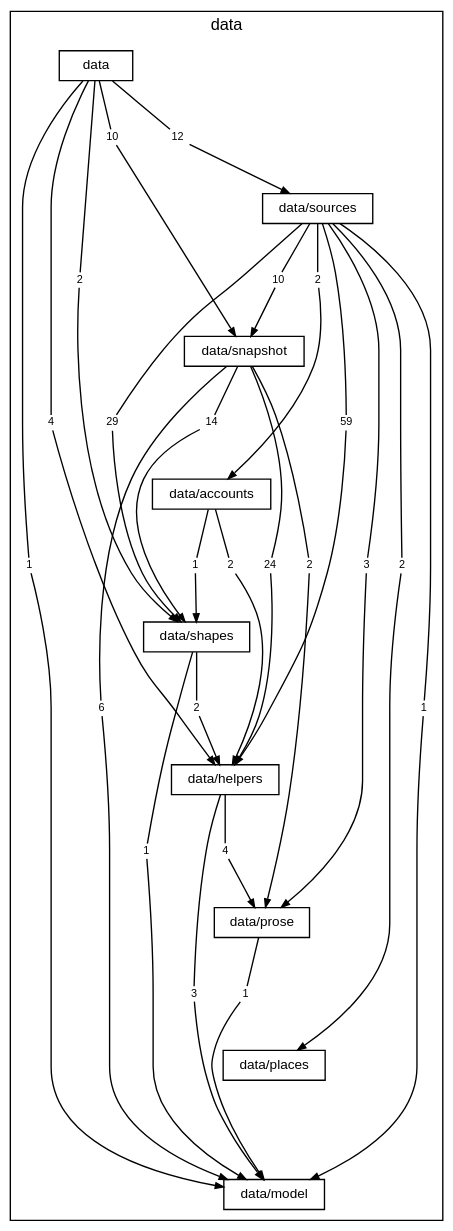
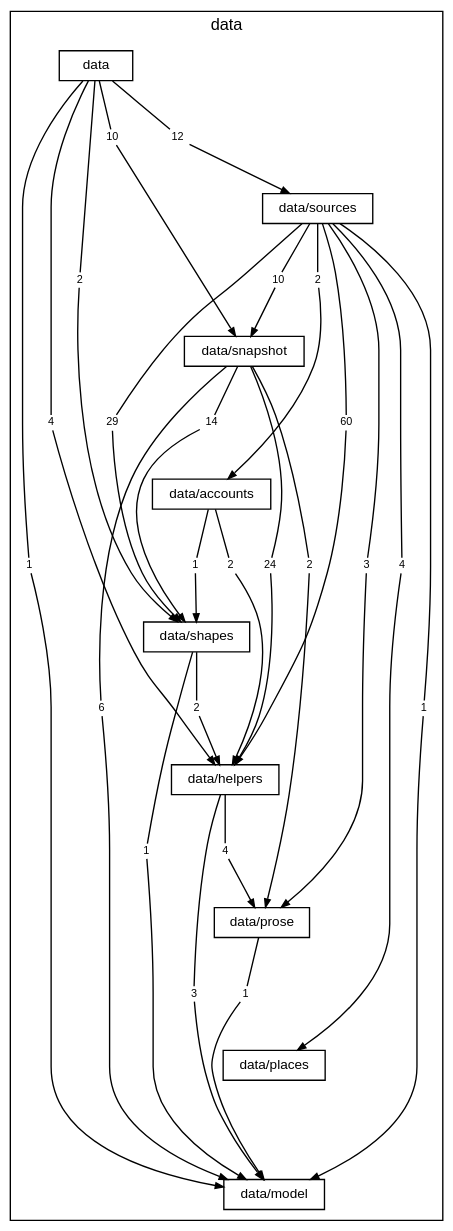
One commit to TheAxeC/oculus changed the diagram in docs/diagrams/layer-data.dot. Above: the diagram before and after it, drawn with Graphviz. The commit also changed 137 other files, not shown here.

```diff
--- a/docs/diagrams/layer-data.dot
+++ b/docs/diagrams/layer-data.dot
@@ -1,94 +1,94 @@
 digraph layer_data {
     graph [bgcolor="transparent", rankdir=TB, newrank=true, mclimit=4, fontname="Helvetica", fontsize=12, nodesep=0.2, ranksep=0.5];
     node [shape=box, color="black", fontcolor="black", fontname="Helvetica", fontsize=10, height=0.3, margin="0.12,0.04"];
     edge [color="black", fontcolor="black", fontname="Helvetica", fontsize=8, arrowsize=0.6];
     subgraph "cluster_data" {
         label="data"; style=solid;
         "folder data" [label="data"];
         "folder data/sources" [label="data/sources"];
         "folder data/snapshot" [label="data/snapshot"];
         "folder data/accounts" [label="data/accounts"];
         "folder data/shapes" [label="data/shapes"];
         "folder data/helpers" [label="data/helpers"];
         "folder data/prose" [label="data/prose"];
         "folder data/places" [label="data/places"];
         "folder data/model" [label="data/model"];
         "folder data to folder data/helpers" [label="4", shape=box, color="transparent", fontsize=8, width=0, height=0, margin="0.04,0.02"];
         "folder data to folder data/model" [label="1", shape=box, color="transparent", fontsize=8, width=0, height=0, margin="0.04,0.02"];
         "folder data to folder data/shapes" [label="2", shape=box, color="transparent", fontsize=8, width=0, height=0, margin="0.04,0.02"];
         "folder data to folder data/snapshot" [label="10", shape=box, color="transparent", fontsize=8, width=0, height=0, margin="0.04,0.02"];
         "folder data to folder data/sources" [label="12", shape=box, color="transparent", fontsize=8, width=0, height=0, margin="0.04,0.02"];
         "folder data/sources to folder data/accounts" [label="2", shape=box, color="transparent", fontsize=8, width=0, height=0, margin="0.04,0.02"];
-        "folder data/sources to folder data/helpers" [label="59", shape=box, color="transparent", fontsize=8, width=0, height=0, margin="0.04,0.02"];
+        "folder data/sources to folder data/helpers" [label="60", shape=box, color="transparent", fontsize=8, width=0, height=0, margin="0.04,0.02"];
         "folder data/sources to folder data/model" [label="1", shape=box, color="transparent", fontsize=8, width=0, height=0, margin="0.04,0.02"];
-        "folder data/sources to folder data/places" [label="2", shape=box, color="transparent", fontsize=8, width=0, height=0, margin="0.04,0.02"];
+        "folder data/sources to folder data/places" [label="4", shape=box, color="transparent", fontsize=8, width=0, height=0, margin="0.04,0.02"];
         "folder data/sources to folder data/prose" [label="3", shape=box, color="transparent", fontsize=8, width=0, height=0, margin="0.04,0.02"];
         "folder data/sources to folder data/shapes" [label="29", shape=box, color="transparent", fontsize=8, width=0, height=0, margin="0.04,0.02"];
         "folder data/sources to folder data/snapshot" [label="10", shape=box, color="transparent", fontsize=8, width=0, height=0, margin="0.04,0.02"];
         "folder data/snapshot to folder data/helpers" [label="24", shape=box, color="transparent", fontsize=8, width=0, height=0, margin="0.04,0.02"];
         "folder data/snapshot to folder data/model" [label="6", shape=box, color="transparent", fontsize=8, width=0, height=0, margin="0.04,0.02"];
         "folder data/snapshot to folder data/prose" [label="2", shape=box, color="transparent", fontsize=8, width=0, height=0, margin="0.04,0.02"];
         "folder data/snapshot to folder data/shapes" [label="14", shape=box, color="transparent", fontsize=8, width=0, height=0, margin="0.04,0.02"];
         "folder data/accounts to folder data/helpers" [label="2", shape=box, color="transparent", fontsize=8, width=0, height=0, margin="0.04,0.02"];
         "folder data/accounts to folder data/shapes" [label="1", shape=box, color="transparent", fontsize=8, width=0, height=0, margin="0.04,0.02"];
         "folder data/shapes to folder data/helpers" [label="2", shape=box, color="transparent", fontsize=8, width=0, height=0, margin="0.04,0.02"];
         "folder data/shapes to folder data/model" [label="1", shape=box, color="transparent", fontsize=8, width=0, height=0, margin="0.04,0.02"];
         "folder data/helpers to folder data/model" [label="3", shape=box, color="transparent", fontsize=8, width=0, height=0, margin="0.04,0.02"];
         "folder data/helpers to folder data/prose" [label="4", shape=box, color="transparent", fontsize=8, width=0, height=0, margin="0.04,0.02"];
         "folder data/prose to folder data/model" [label="1", shape=box, color="transparent", fontsize=8, width=0, height=0, margin="0.04,0.02"];
     }
     "folder data" -> "folder data/sources" [style=invis, weight=10, minlen=2];
     "folder data/sources" -> "folder data/snapshot" [style=invis, weight=10, minlen=2];
     "folder data/snapshot" -> "folder data/accounts" [style=invis, weight=10, minlen=2];
     "folder data/accounts" -> "folder data/shapes" [style=invis, weight=10, minlen=2];
     "folder data/shapes" -> "folder data/helpers" [style=invis, weight=10, minlen=2];
     "folder data/helpers" -> "folder data/prose" [style=invis, weight=10, minlen=2];
     "folder data/prose" -> "folder data/places" [style=invis, weight=10, minlen=2];
     "folder data/places" -> "folder data/model" [style=invis, weight=10, minlen=2];
     "folder data" -> "folder data to folder data/helpers" [arrowhead=none, minlen=5, weight=10];
     "folder data to folder data/helpers" -> "folder data/helpers" [];
     "folder data" -> "folder data to folder data/model" [arrowhead=none, minlen=7, weight=10];
     "folder data to folder data/model" -> "folder data/model" [];
     "folder data" -> "folder data to folder data/shapes" [arrowhead=none, minlen=3, weight=10];
     "folder data to folder data/shapes" -> "folder data/shapes" [];
     "folder data" -> "folder data to folder data/snapshot" [arrowhead=none, minlen=1, weight=10];
     "folder data to folder data/snapshot" -> "folder data/snapshot" [];
     "folder data" -> "folder data to folder data/sources" [arrowhead=none, minlen=1, weight=10];
     "folder data to folder data/sources" -> "folder data/sources" [];
     "folder data/sources" -> "folder data/sources to folder data/accounts" [arrowhead=none, minlen=1, weight=10];
     "folder data/sources to folder data/accounts" -> "folder data/accounts" [];
     "folder data/sources" -> "folder data/sources to folder data/helpers" [arrowhead=none, minlen=3, weight=10];
     "folder data/sources to folder data/helpers" -> "folder data/helpers" [];
     "folder data/sources" -> "folder data/sources to folder data/model" [arrowhead=none, minlen=7, weight=10];
     "folder data/sources to folder data/model" -> "folder data/model" [];
     "folder data/sources" -> "folder data/sources to folder data/places" [arrowhead=none, minlen=5, weight=10];
     "folder data/sources to folder data/places" -> "folder data/places" [];
     "folder data/sources" -> "folder data/sources to folder data/prose" [arrowhead=none, minlen=5, weight=10];
     "folder data/sources to folder data/prose" -> "folder data/prose" [];
     "folder data/sources" -> "folder data/sources to folder data/shapes" [arrowhead=none, minlen=3, weight=10];
     "folder data/sources to folder data/shapes" -> "folder data/shapes" [];
     "folder data/sources" -> "folder data/sources to folder data/snapshot" [arrowhead=none, minlen=1, weight=10];
     "folder data/sources to folder data/snapshot" -> "folder data/snapshot" [];
     "folder data/snapshot" -> "folder data/snapshot to folder data/helpers" [arrowhead=none, minlen=3, weight=10];
     "folder data/snapshot to folder data/helpers" -> "folder data/helpers" [];
     "folder data/snapshot" -> "folder data/snapshot to folder data/model" [arrowhead=none, minlen=5, weight=10];
     "folder data/snapshot to folder data/model" -> "folder data/model" [];
     "folder data/snapshot" -> "folder data/snapshot to folder data/prose" [arrowhead=none, minlen=3, weight=10];
     "folder data/snapshot to folder data/prose" -> "folder data/prose" [];
     "folder data/snapshot" -> "folder data/snapshot to folder data/shapes" [arrowhead=none, minlen=1, weight=10];
     "folder data/snapshot to folder data/shapes" -> "folder data/shapes" [];
     "folder data/accounts" -> "folder data/accounts to folder data/helpers" [arrowhead=none, minlen=1, weight=10];
     "folder data/accounts to folder data/helpers" -> "folder data/helpers" [];
     "folder data/accounts" -> "folder data/accounts to folder data/shapes" [arrowhead=none, minlen=1, weight=10];
     "folder data/accounts to folder data/shapes" -> "folder data/shapes" [];
     "folder data/shapes" -> "folder data/shapes to folder data/helpers" [arrowhead=none, minlen=1, weight=10];
     "folder data/shapes to folder data/helpers" -> "folder data/helpers" [];
     "folder data/shapes" -> "folder data/shapes to folder data/model" [arrowhead=none, minlen=3, weight=10];
     "folder data/shapes to folder data/model" -> "folder data/model" [];
     "folder data/helpers" -> "folder data/helpers to folder data/model" [arrowhead=none, minlen=3, weight=10];
     "folder data/helpers to folder data/model" -> "folder data/model" [];
     "folder data/helpers" -> "folder data/helpers to folder data/prose" [arrowhead=none, minlen=1, weight=10];
     "folder data/helpers to folder data/prose" -> "folder data/prose" [];
     "folder data/prose" -> "folder data/prose to folder data/model" [arrowhead=none, minlen=1, weight=10];
     "folder data/prose to folder data/model" -> "folder data/model" [];
 }
```
